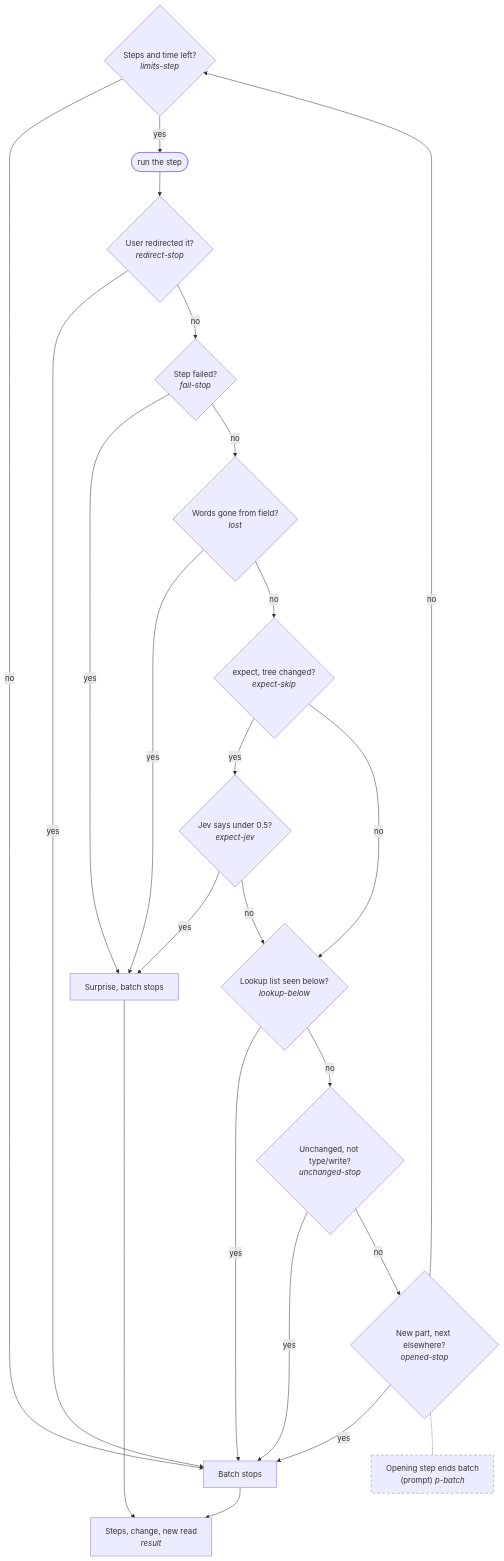
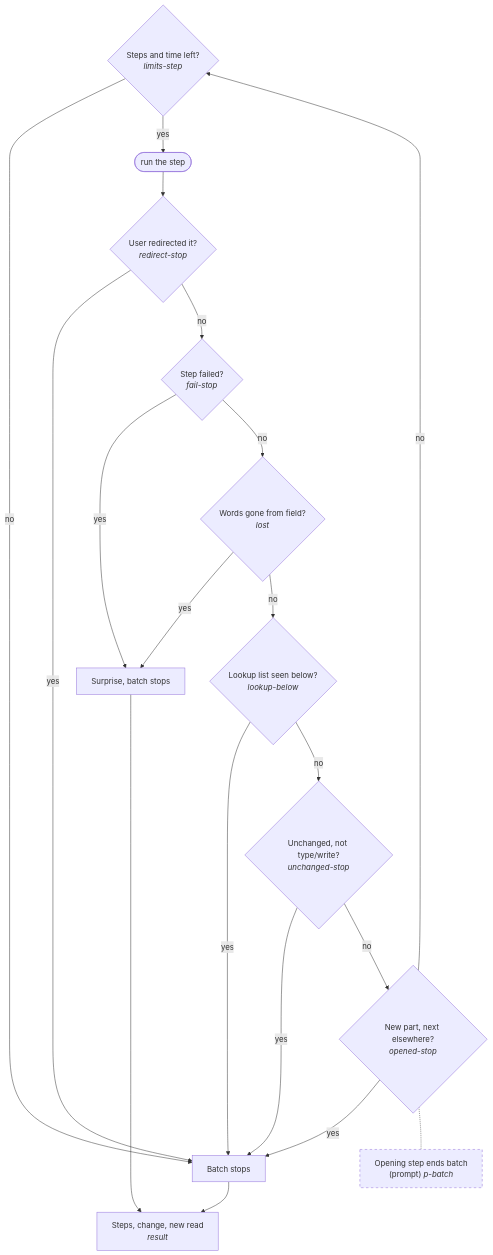
One commit to znat/parrotflow changed diagram 13 of 16 in docs/actions-trees.md. Above: the diagram before and after it, drawn with Mermaid. The commit also changed other lines of this file and 5 other files, not shown here.

First line of the commit message:
perf: a step's expect is no longer sent to Jev

````diff
--- a/docs/actions-trees.md
+++ b/docs/actions-trees.md
@@ -325,28 +325,24 @@
 ```mermaid
 flowchart TD
   classDef prompt stroke-dasharray: 5 5
   classDef user stroke-width:3px
   B0{"Steps and time left?<br/><i>limits-step</i>"} -->|no| ST["Batch stops"]
   B0 -->|yes| B1([run the step])
   B1 --> Q1{"User redirected it?<br/><i>redirect-stop</i>"}
   Q1 -->|yes| ST
   Q1 -->|no| Q2{"Step failed?<br/><i>fail-stop</i>"}
   Q2 -->|yes| SU["Surprise, batch stops"]
   Q2 -->|no| Q3{"Words gone from field?<br/><i>lost</i>"}
   Q3 -->|yes| SU
-  Q3 -->|no| Q4{"expect, tree changed?<br/><i>expect-skip</i>"}
-  Q4 -->|yes| Q5{"Jev says under 0.5?<br/><i>expect-jev</i>"}
-  Q5 -->|yes| SU
-  Q5 -->|no| Q6
-  Q4 -->|no| Q6{"Lookup list seen below?<br/><i>lookup-below</i>"}
+  Q3 -->|no| Q6{"Lookup list seen below?<br/><i>lookup-below</i>"}
   Q6 -->|yes| ST
   Q6 -->|no| Q7{"Unchanged, not type/write?<br/><i>unchanged-stop</i>"}
   Q7 -->|yes| ST
   Q7 -->|no| Q8{"New part, next elsewhere?<br/><i>opened-stop</i>"}
   Q8 -->|yes| ST
   Q8 -->|no| B0
   ST --> R["Steps, change, new read<br/><i>result</i>"]
   SU --> R
   P1["Opening step ends batch<br/>(prompt) <i>p-batch</i>"]:::prompt
   Q8 -.- P1
 ```
````
